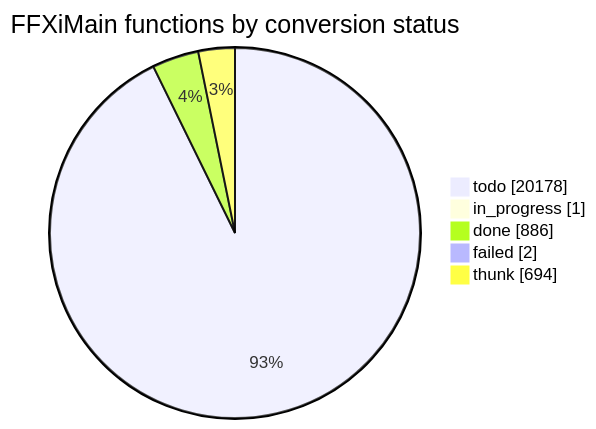
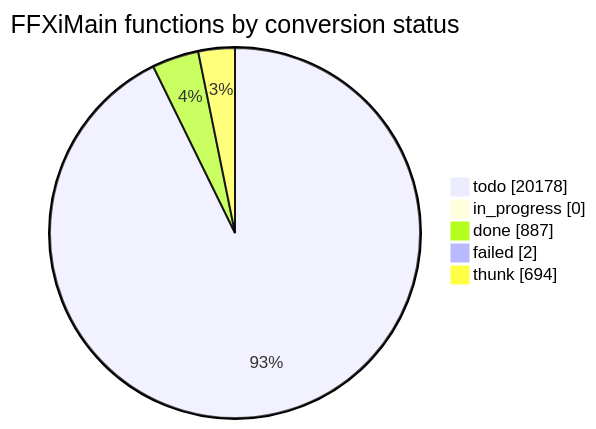
Before and after one commit to cowrevenge/cow_kuluu_xi_anything: the diagram in docs/cow/STATUS.md, drawn with Mermaid. The commit also changed other lines of this file and 9 other files, not shown here.

````diff
--- a/docs/cow/STATUS.md
+++ b/docs/cow/STATUS.md
@@ -18,9 +18,9 @@
 ```mermaid
 pie showData
     title FFXiMain functions by conversion status
     "todo" : 20178
-    "in_progress" : 1
-    "done" : 886
+    "in_progress" : 0
+    "done" : 887
     "failed" : 2
     "thunk" : 694
 ```
````
